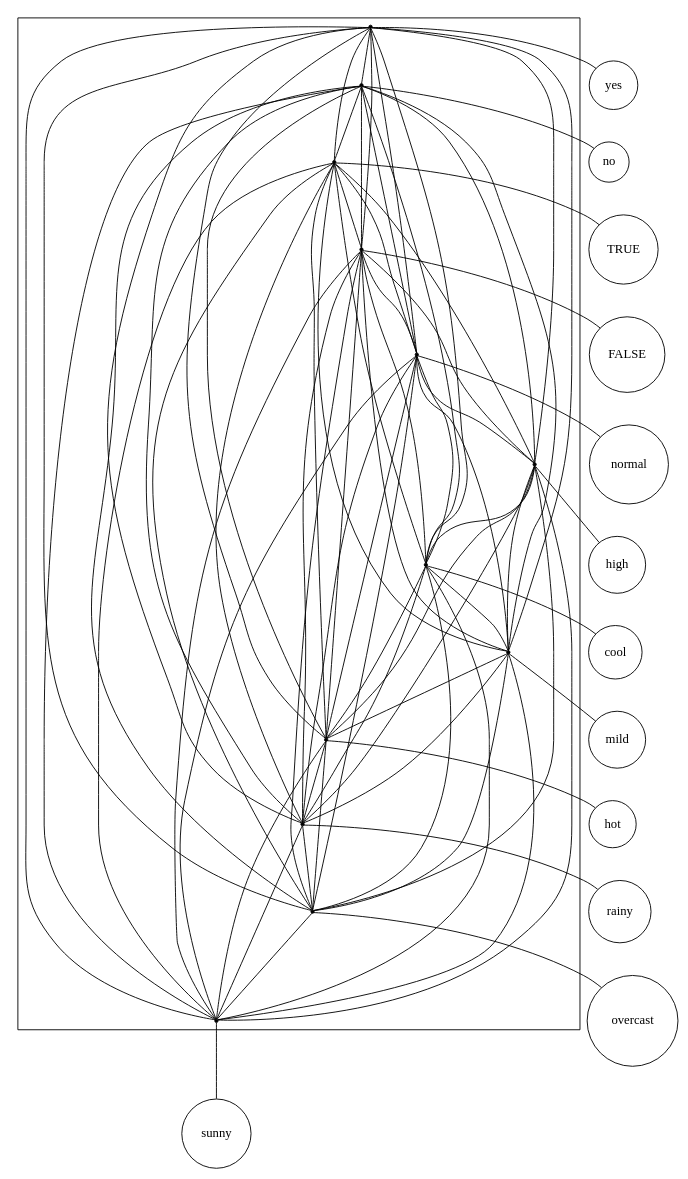
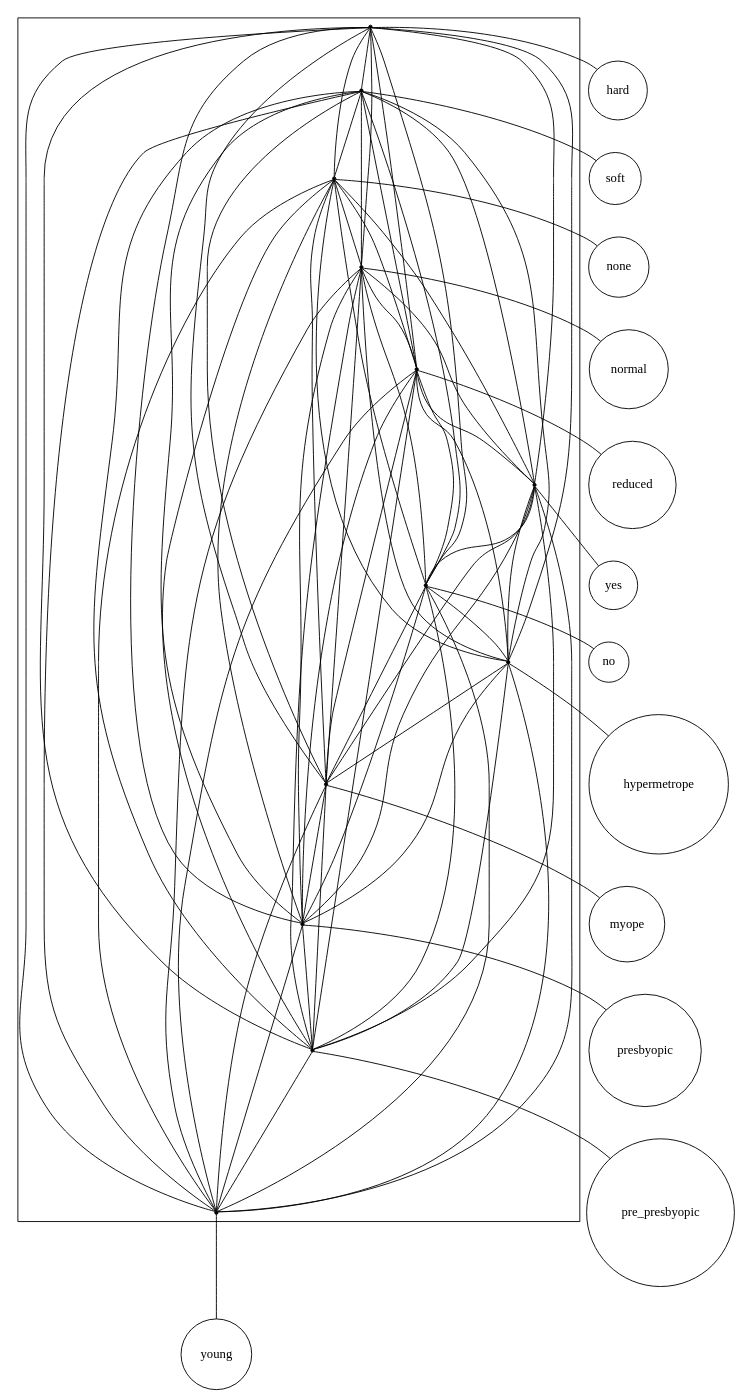
One commit to lrodrin/TFG changed the diagram in src/final/plain_2-structure_with_threshold.dot. Above: the diagram before and after it, drawn with Graphviz. The commit also changed 13 other files, not shown here.

```diff
--- a/src/final/plain_2-structure_with_threshold.dot
+++ b/src/final/plain_2-structure_with_threshold.dot
@@ -1,101 +1,101 @@
 strict digraph "plain_2-structure_with_threshold" {
 compound=true;
 fontname=Verdana;
 fontsize=12;
 newrank=true;
 node [shape=circle];
+hard;
+soft;
+none;
+normal;
+reduced;
 yes;
 no;
-TRUE;
-FALSE;
-normal;
-high;
-cool;
-mild;
-hot;
-rainy;
-overcast;
-sunny;
-subgraph cluster_mildTRUEhighyeshotnormalFALSEovercastrainynosunnycool {
+hypermetrope;
+myope;
+presbyopic;
+pre_presbyopic;
+young;
+subgraph cluster_nonehardmyopeyoungpresbyopicnormalpre_presbyopicnoreducedhypermetropeyessoft {
 node [shape=point];
+s_hard -> s_soft  [color=black, arrowhead=none];
+s_hard -> s_none  [color=black, arrowhead=none];
+s_hard -> s_normal  [color=black, arrowhead=none];
+s_hard -> s_reduced  [color=black, arrowhead=none];
+s_hard -> s_yes  [color=black, arrowhead=none];
+s_hard -> s_no  [color=black, arrowhead=none];
+s_hard -> s_hypermetrope  [color=black, arrowhead=none];
+s_hard -> s_myope  [color=black, arrowhead=none];
+s_hard -> s_presbyopic  [color=black, arrowhead=none];
+s_hard -> s_pre_presbyopic  [color=black, arrowhead=none];
+s_hard -> s_young  [color=black, arrowhead=none];
+s_soft -> s_none  [color=black, arrowhead=none];
+s_soft -> s_normal  [color=black, arrowhead=none];
+s_soft -> s_reduced  [color=black, arrowhead=none];
+s_soft -> s_yes  [color=black, arrowhead=none];
+s_soft -> s_no  [color=black, arrowhead=none];
+s_soft -> s_hypermetrope  [color=black, arrowhead=none];
+s_soft -> s_myope  [color=black, arrowhead=none];
+s_soft -> s_presbyopic  [color=black, arrowhead=none];
+s_soft -> s_pre_presbyopic  [color=black, arrowhead=none];
+s_soft -> s_young  [color=black, arrowhead=none];
+s_none -> s_normal  [color=black, arrowhead=none];
+s_none -> s_reduced  [color=black, arrowhead=none];
+s_none -> s_yes  [color=black, arrowhead=none];
+s_none -> s_no  [color=black, arrowhead=none];
+s_none -> s_hypermetrope  [color=black, arrowhead=none];
+s_none -> s_myope  [color=black, arrowhead=none];
+s_none -> s_presbyopic  [color=black, arrowhead=none];
+s_none -> s_pre_presbyopic  [color=black, arrowhead=none];
+s_none -> s_young  [color=black, arrowhead=none];
+s_normal -> s_reduced  [color=black, arrowhead=none];
+s_normal -> s_yes  [color=black, arrowhead=none];
+s_normal -> s_no  [color=black, arrowhead=none];
+s_normal -> s_hypermetrope  [color=black, arrowhead=none];
+s_normal -> s_myope  [color=black, arrowhead=none];
+s_normal -> s_presbyopic  [color=black, arrowhead=none];
+s_normal -> s_pre_presbyopic  [color=black, arrowhead=none];
+s_normal -> s_young  [color=black, arrowhead=none];
+s_reduced -> s_yes  [color=black, arrowhead=none];
+s_reduced -> s_no  [color=black, arrowhead=none];
+s_reduced -> s_hypermetrope  [color=black, arrowhead=none];
+s_reduced -> s_myope  [color=black, arrowhead=none];
+s_reduced -> s_presbyopic  [color=black, arrowhead=none];
+s_reduced -> s_pre_presbyopic  [color=black, arrowhead=none];
+s_reduced -> s_young  [color=black, arrowhead=none];
 s_yes -> s_no  [color=black, arrowhead=none];
-s_yes -> s_TRUE  [color=black, arrowhead=none];
-s_yes -> s_FALSE  [color=black, arrowhead=none];
-s_yes -> s_normal  [color=black, arrowhead=none];
-s_yes -> s_high  [color=black, arrowhead=none];
-s_yes -> s_cool  [color=black, arrowhead=none];
-s_yes -> s_mild  [color=black, arrowhead=none];
-s_yes -> s_hot  [color=black, arrowhead=none];
-s_yes -> s_rainy  [color=black, arrowhead=none];
-s_yes -> s_overcast  [color=black, arrowhead=none];
-s_yes -> s_sunny  [color=black, arrowhead=none];
-s_no -> s_TRUE  [color=black, arrowhead=none];
-s_no -> s_FALSE  [color=black, arrowhead=none];
-s_no -> s_normal  [color=black, arrowhead=none];
-s_no -> s_high  [color=black, arrowhead=none];
-s_no -> s_cool  [color=black, arrowhead=none];
-s_no -> s_mild  [color=black, arrowhead=none];
-s_no -> s_hot  [color=black, arrowhead=none];
-s_no -> s_rainy  [color=black, arrowhead=none];
-s_no -> s_overcast  [color=black, arrowhead=none];
-s_no -> s_sunny  [color=black, arrowhead=none];
-s_TRUE -> s_FALSE  [color=black, arrowhead=none];
-s_TRUE -> s_normal  [color=black, arrowhead=none];
-s_TRUE -> s_high  [color=black, arrowhead=none];
-s_TRUE -> s_cool  [color=black, arrowhead=none];
-s_TRUE -> s_mild  [color=black, arrowhead=none];
-s_TRUE -> s_hot  [color=black, arrowhead=none];
-s_TRUE -> s_rainy  [color=black, arrowhead=none];
-s_TRUE -> s_overcast  [color=black, arrowhead=none];
-s_TRUE -> s_sunny  [color=black, arrowhead=none];
-s_FALSE -> s_normal  [color=black, arrowhead=none];
-s_FALSE -> s_high  [color=black, arrowhead=none];
-s_FALSE -> s_cool  [color=black, arrowhead=none];
-s_FALSE -> s_mild  [color=black, arrowhead=none];
-s_FALSE -> s_hot  [color=black, arrowhead=none];
-s_FALSE -> s_rainy  [color=black, arrowhead=none];
-s_FALSE -> s_overcast  [color=black, arrowhead=none];
-s_FALSE -> s_sunny  [color=black, arrowhead=none];
-s_normal -> s_high  [color=black, arrowhead=none];
-s_normal -> s_cool  [color=black, arrowhead=none];
-s_normal -> s_mild  [color=black, arrowhead=none];
-s_normal -> s_hot  [color=black, arrowhead=none];
-s_normal -> s_rainy  [color=black, arrowhead=none];
-s_normal -> s_overcast  [color=black, arrowhead=none];
-s_normal -> s_sunny  [color=black, arrowhead=none];
-s_high -> s_cool  [color=black, arrowhead=none];
-s_high -> s_mild  [color=black, arrowhead=none];
-s_high -> s_hot  [color=black, arrowhead=none];
-s_high -> s_rainy  [color=black, arrowhead=none];
-s_high -> s_overcast  [color=black, arrowhead=none];
-s_high -> s_sunny  [color=black, arrowhead=none];
-s_cool -> s_mild  [color=black, arrowhead=none];
-s_cool -> s_hot  [color=black, arrowhead=none];
-s_cool -> s_rainy  [color=black, arrowhead=none];
-s_cool -> s_overcast  [color=black, arrowhead=none];
-s_cool -> s_sunny  [color=black, arrowhead=none];
-s_mild -> s_hot  [color=black, arrowhead=none];
-s_mild -> s_rainy  [color=black, arrowhead=none];
-s_mild -> s_overcast  [color=black, arrowhead=none];
-s_mild -> s_sunny  [color=black, arrowhead=none];
-s_hot -> s_rainy  [color=black, arrowhead=none];
-s_hot -> s_overcast  [color=black, arrowhead=none];
-s_hot -> s_sunny  [color=black, arrowhead=none];
-s_rainy -> s_overcast  [color=black, arrowhead=none];
-s_rainy -> s_sunny  [color=black, arrowhead=none];
-s_overcast -> s_sunny  [color=black, arrowhead=none];
+s_yes -> s_hypermetrope  [color=black, arrowhead=none];
+s_yes -> s_myope  [color=black, arrowhead=none];
+s_yes -> s_presbyopic  [color=black, arrowhead=none];
+s_yes -> s_pre_presbyopic  [color=black, arrowhead=none];
+s_yes -> s_young  [color=black, arrowhead=none];
+s_no -> s_hypermetrope  [color=black, arrowhead=none];
+s_no -> s_myope  [color=black, arrowhead=none];
+s_no -> s_presbyopic  [color=black, arrowhead=none];
+s_no -> s_pre_presbyopic  [color=black, arrowhead=none];
+s_no -> s_young  [color=black, arrowhead=none];
+s_hypermetrope -> s_myope  [color=black, arrowhead=none];
+s_hypermetrope -> s_presbyopic  [color=black, arrowhead=none];
+s_hypermetrope -> s_pre_presbyopic  [color=black, arrowhead=none];
+s_hypermetrope -> s_young  [color=black, arrowhead=none];
+s_myope -> s_presbyopic  [color=black, arrowhead=none];
+s_myope -> s_pre_presbyopic  [color=black, arrowhead=none];
+s_myope -> s_young  [color=black, arrowhead=none];
+s_presbyopic -> s_pre_presbyopic  [color=black, arrowhead=none];
+s_presbyopic -> s_young  [color=black, arrowhead=none];
+s_pre_presbyopic -> s_young  [color=black, arrowhead=none];
 }
 
+s_hard -> hard  [arrowhead=none];
+s_soft -> soft  [arrowhead=none];
+s_none -> none  [arrowhead=none];
+s_normal -> normal  [arrowhead=none];
+s_reduced -> reduced  [arrowhead=none];
 s_yes -> yes  [arrowhead=none];
 s_no -> no  [arrowhead=none];
-s_TRUE -> TRUE  [arrowhead=none];
-s_FALSE -> FALSE  [arrowhead=none];
-s_normal -> normal  [arrowhead=none];
-s_high -> high  [arrowhead=none];
-s_cool -> cool  [arrowhead=none];
-s_mild -> mild  [arrowhead=none];
-s_hot -> hot  [arrowhead=none];
-s_rainy -> rainy  [arrowhead=none];
-s_overcast -> overcast  [arrowhead=none];
-s_sunny -> sunny  [arrowhead=none];
+s_hypermetrope -> hypermetrope  [arrowhead=none];
+s_myope -> myope  [arrowhead=none];
+s_presbyopic -> presbyopic  [arrowhead=none];
+s_pre_presbyopic -> pre_presbyopic  [arrowhead=none];
+s_young -> young  [arrowhead=none];
 }
```
